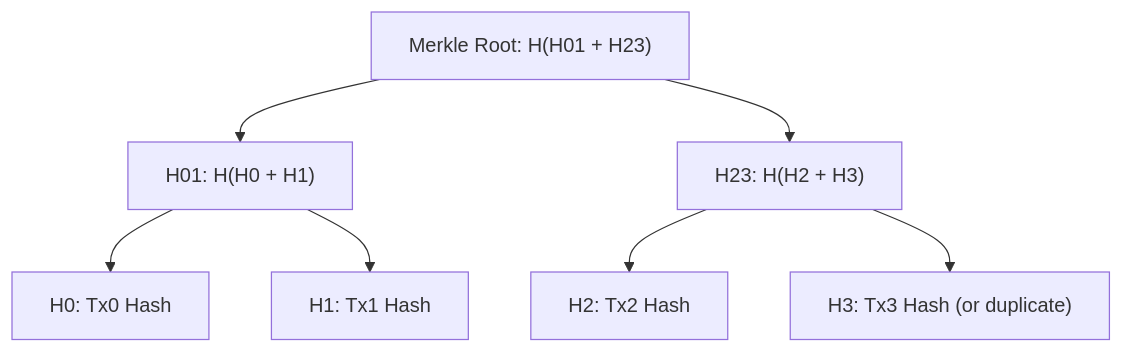
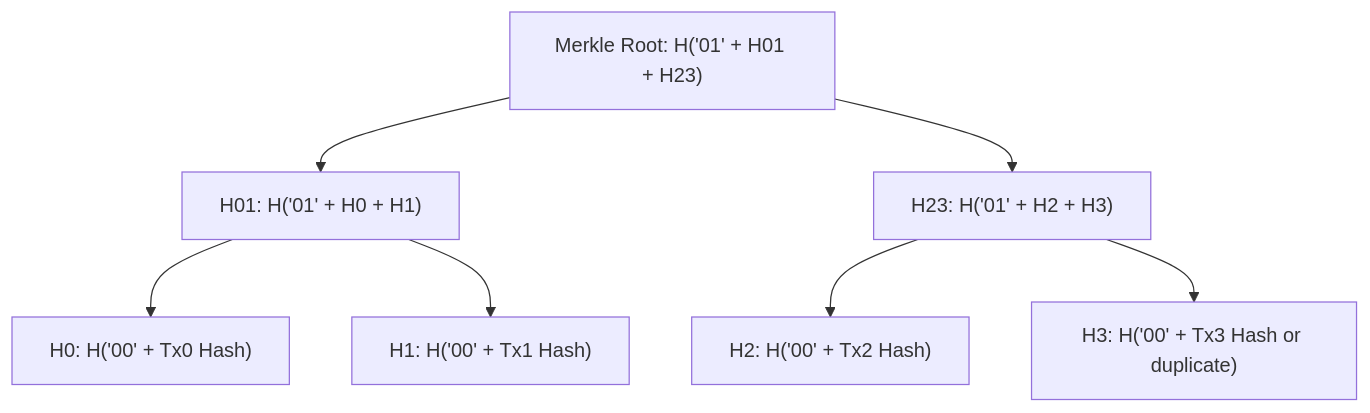
One commit to flirsys/nodechain changed the second of 3 diagrams in README.md. Above: the diagram before and after it, drawn with Mermaid. The commit also changed other lines of this file and 21 other files, not shown here.

````diff
--- a/README.md
+++ b/README.md
@@ -203,17 +212,17 @@
 ```mermaid
 graph TD
-    Root["Merkle Root: H(H01 + H23)"]
-    H01["H01: H(H0 + H1)"]
-    H23["H23: H(H2 + H3)"]
-    H0["H0: Tx0 Hash"]
-    H1["H1: Tx1 Hash"]
-    H2["H2: Tx2 Hash"]
-    H3["H3: Tx3 Hash (or duplicate)"]
+    Root["Merkle Root: H('01' + H01 + H23)"]
+    H01["H01: H('01' + H0 + H1)"]
+    H23["H23: H('01' + H2 + H3)"]
+    H0["H0: H('00' + Tx0 Hash)"]
+    H1["H1: H('00' + Tx1 Hash)"]
+    H2["H2: H('00' + Tx2 Hash)"]
+    H3["H3: H('00' + Tx3 Hash or duplicate)"]
 
     Root --> H01
     Root --> H23
     H01 --> H0
     H01 --> H1
     H23 --> H2
     H23 --> H3
 ```
````
